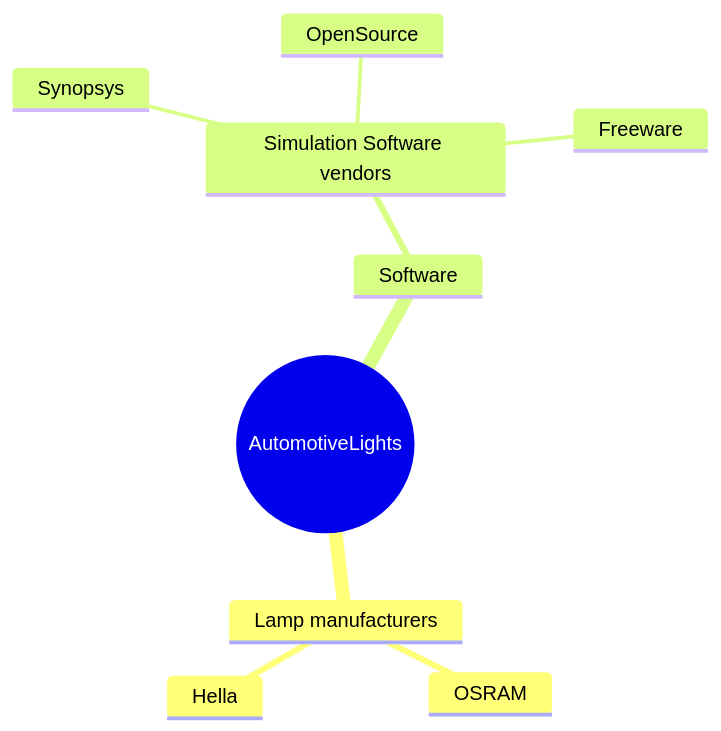
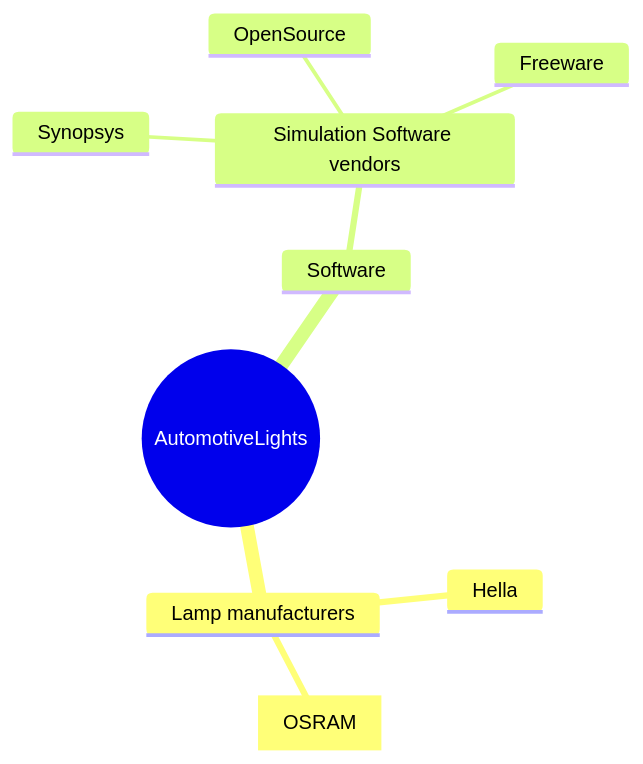
Before and after one commit to kishorekanala/VehicleSim: the second of 2 diagrams in VehicleSystemsReports/VehicleLightingSystem/VehicleLightingSystem.md, drawn with Mermaid. The commit also changed other lines of this file, not shown here.

````diff
--- a/VehicleSystemsReports/VehicleLightingSystem/VehicleLightingSystem.md
+++ b/VehicleSystemsReports/VehicleLightingSystem/VehicleLightingSystem.md
@@ -100,12 +104,12 @@
 ```mermaid
 mindmap
   root((AutomotiveLights))
     Lamp manufacturers
-      OSRAM
+      OSRAM[OSRAM]
       Hella
     Software
       Simulation Software vendors
         Synopsys
         OpenSource
         Freeware
 ```
````
